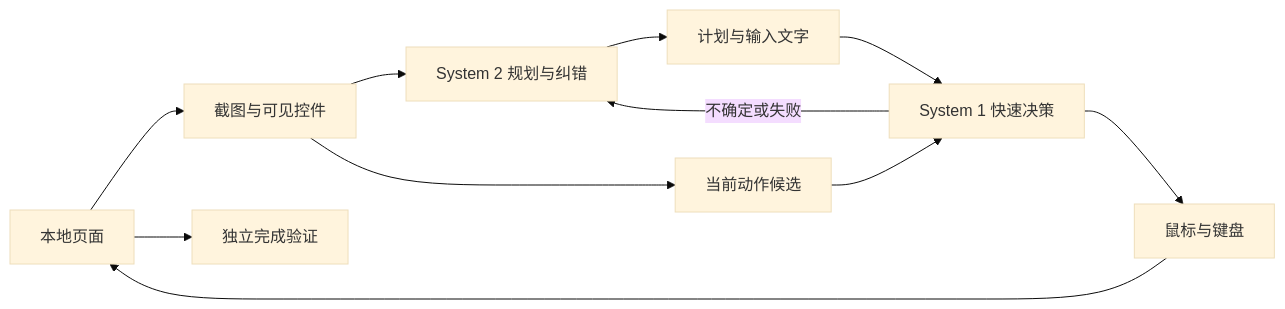
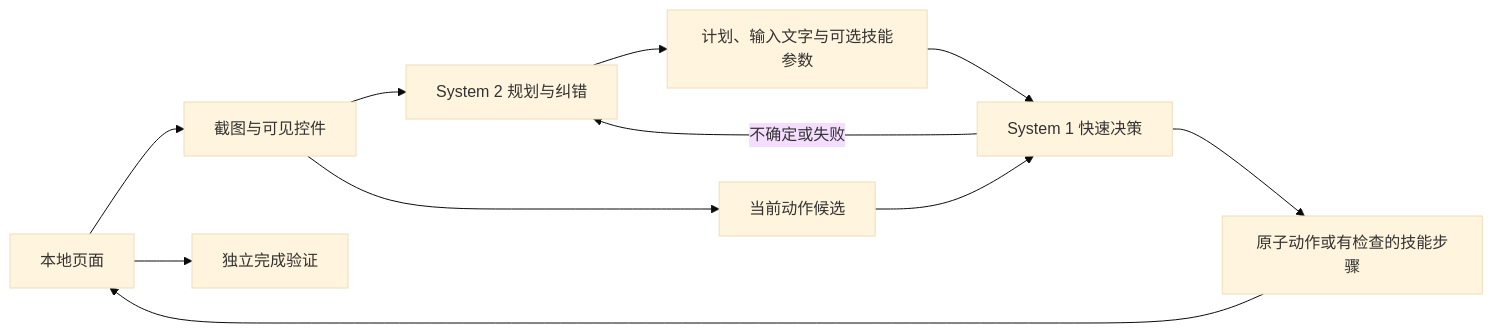
The diagram in README.md (xut1021/actstride), drawn with Mermaid (base theme) before and after one commit. The commit also changed other lines of this file and 15 other files, not shown here.

````diff
--- a/README.md
+++ b/README.md
@@ -43,13 +56,13 @@
 ```mermaid
 flowchart LR
   Page[本地页面] --> Observe[截图与可见控件]
   Observe --> Planner[System 2 规划与纠错]
-  Planner --> Plan[计划与输入文字]
+  Planner --> Plan[计划、输入文字与可选技能参数]
   Observe --> Choices[当前动作候选]
   Plan --> Fast[System 1 快速决策]
   Choices --> Fast
-  Fast --> Execute[鼠标与键盘]
+  Fast --> Execute[原子动作或有检查的技能步骤]
   Execute --> Page
   Fast -->|不确定或失败| Planner
   Page --> Verify[独立完成验证]
 ```
````
